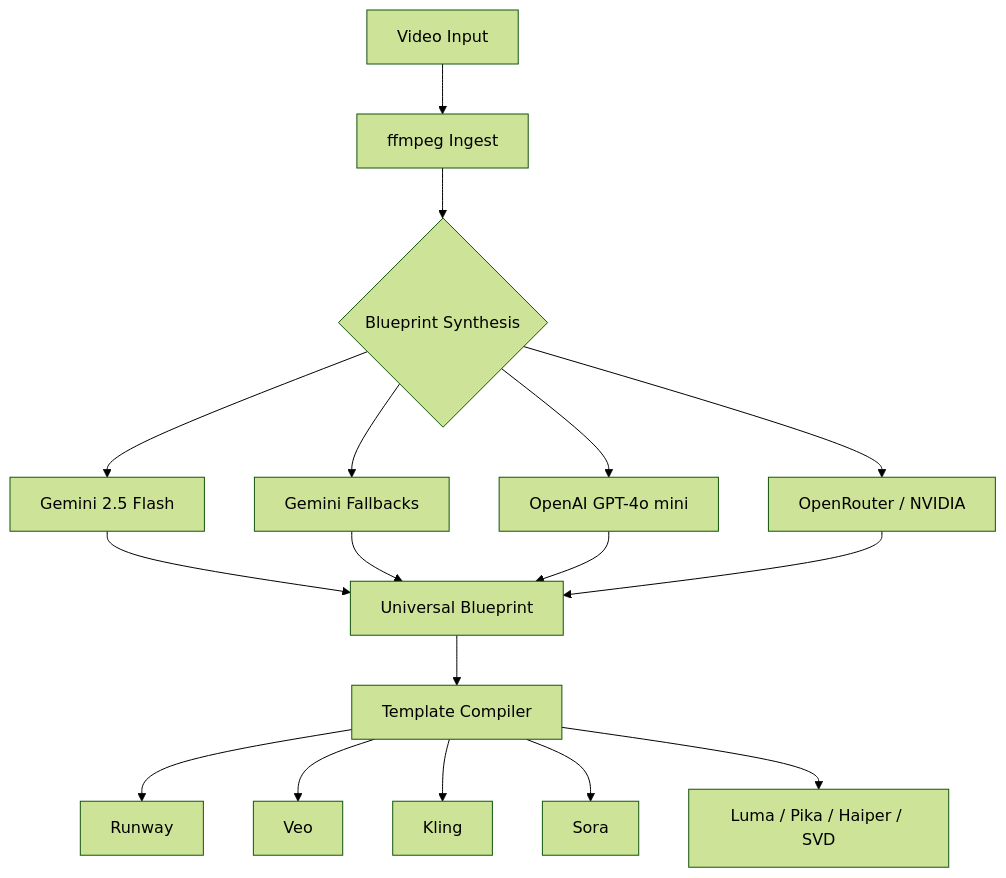
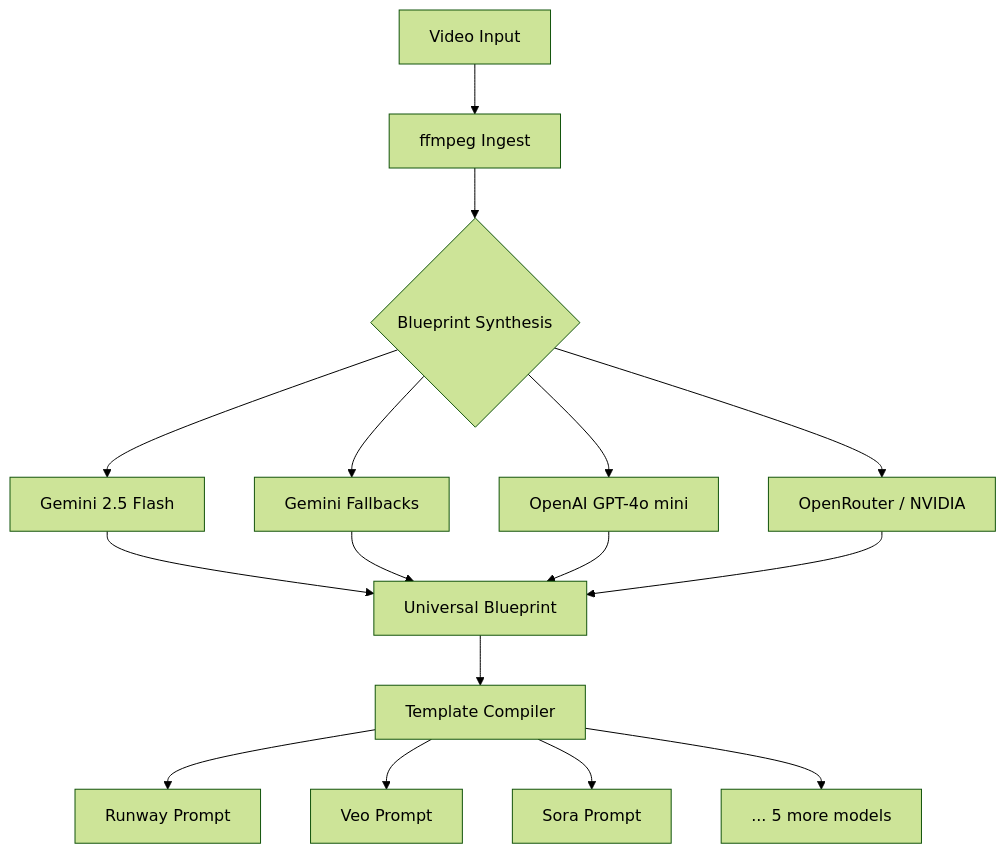
The diagram in README.md (Venkata-Manoj/videoreverse), drawn with Mermaid (forest theme) before and after one commit. The commit also changed other lines of this file and 1 other file, not shown here.

````diff
--- a/README.md
+++ b/README.md
@@ -111,19 +98,18 @@
 ```mermaid
 graph TD
     A[Video Input] --> B[ffmpeg Ingest]
     B --> C{Blueprint Synthesis}
     C --> D[Gemini 2.5 Flash]
     C --> E[Gemini Fallbacks]
     C --> F[OpenAI GPT-4o mini]
     C --> G[OpenRouter / NVIDIA]
     D --> H[Universal Blueprint]
     E --> H
     F --> H
     G --> H
     H --> I[Template Compiler]
-    I --> J[Runway]
-    I --> K[Veo]
-    I --> L[Kling]
-    I --> M[Sora]
-    I --> N[Luma / Pika / Haiper / SVD]
+    I --> J[Runway Prompt]
+    I --> K[Veo Prompt]
+    I --> L[Sora Prompt]
+    I --> M[... 5 more models]
 ```
````
